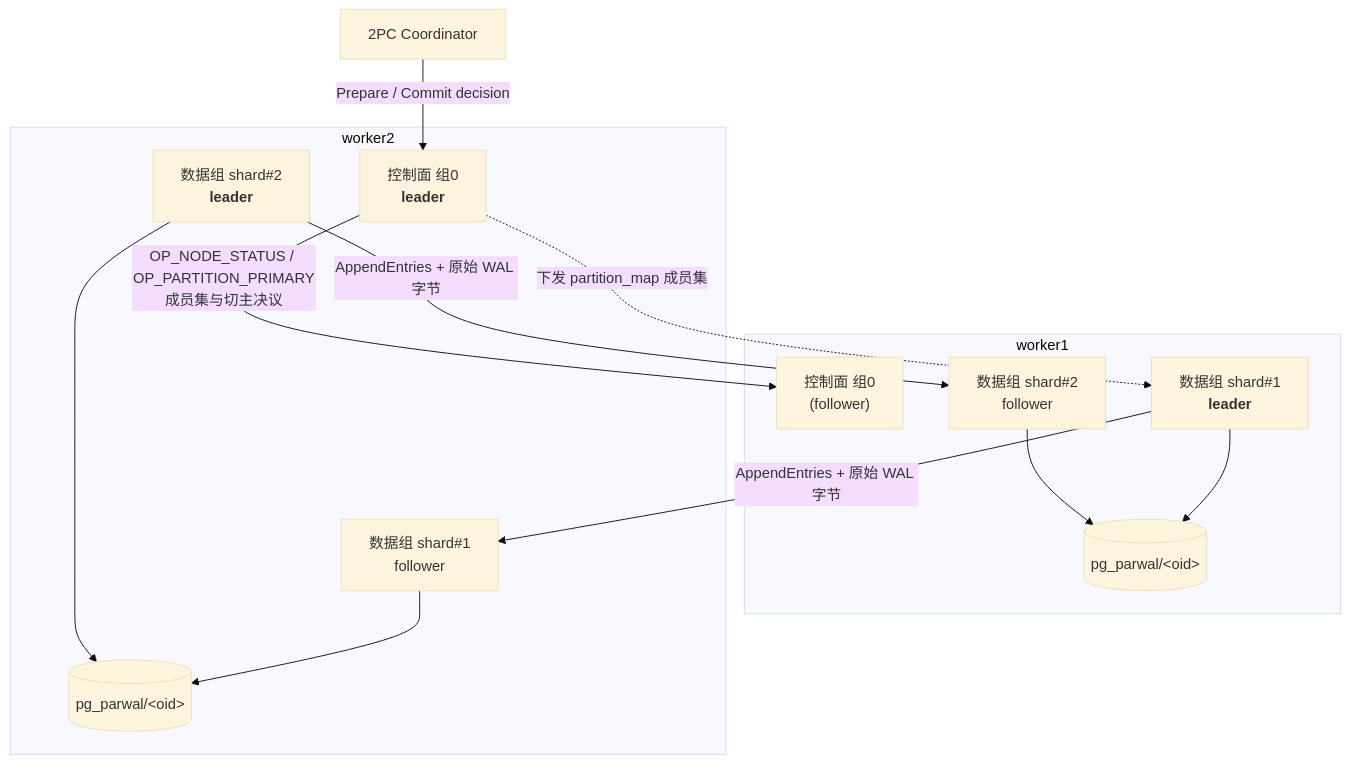
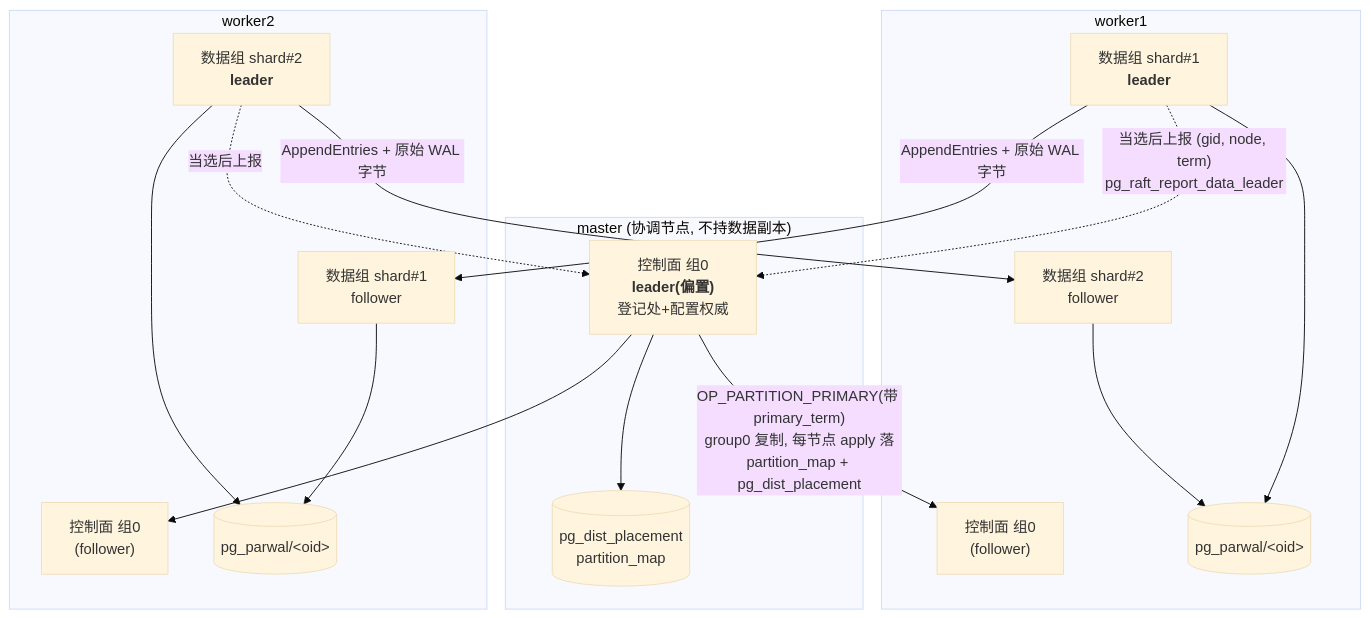
The diagram in pg-raft-src/docs/raft_module_revision_plan.md (CyanPandas/ShardPG), drawn with Mermaid (base theme) before and after one commit. The commit also changed other lines of this file, not shown here.

````diff
--- a/pg-raft-src/docs/raft_module_revision_plan.md
+++ b/pg-raft-src/docs/raft_module_revision_plan.md
@@ -75,24 +90,30 @@
 ```mermaid
 flowchart TB
+  subgraph M["master (协调节点, 不持数据副本)"]
+    C0["控制面 组0<br/><b>leader(偏置)</b><br/>登记处+配置权威"]
+    PD[("pg_dist_placement<br/>partition_map")]
+    C0 --> PD
+  end
   subgraph N1["worker1"]
     C1["控制面 组0<br/>(follower)"]
     D1A["数据组 shard#1<br/><b>leader</b>"]
     D1B["数据组 shard#2<br/>follower"]
     P1[("pg_parwal/&lt;oid&gt;")]
     D1A --> P1
     D1B --> P1
   end
   subgraph N2["worker2"]
-    C2["控制面 组0<br/><b>leader</b>"]
+    C2["控制面 组0<br/>(follower)"]
     D2A["数据组 shard#1<br/>follower"]
     D2B["数据组 shard#2<br/><b>leader</b>"]
     P2[("pg_parwal/&lt;oid&gt;")]
     D2A --> P2
     D2B --> P2
   end
-  C2 -->|OP_NODE_STATUS / OP_PARTITION_PRIMARY<br/>成员集与切主决议| C1
   D1A -->|AppendEntries + 原始 WAL 字节| D2A
   D2B -->|AppendEntries + 原始 WAL 字节| D1B
-  C2 -.->|下发 partition_map 成员集| D1A
-  Txn[2PC Coordinator] -->|Prepare / Commit decision| C2
+  D1A -.->|"当选后上报 (gid, node, term)<br/>pg_raft_report_data_leader"| C0
+  D2B -.->|当选后上报| C0
+  C0 -->|"OP_PARTITION_PRIMARY(带 primary_term)<br/>group0 复制, 每节点 apply 落<br/>partition_map + pg_dist_placement"| C1
+  C0 --> C2
 ```
````
